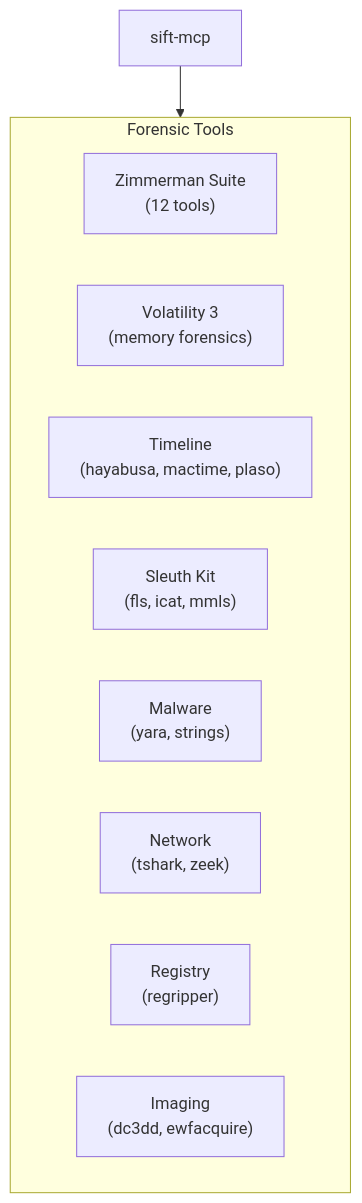
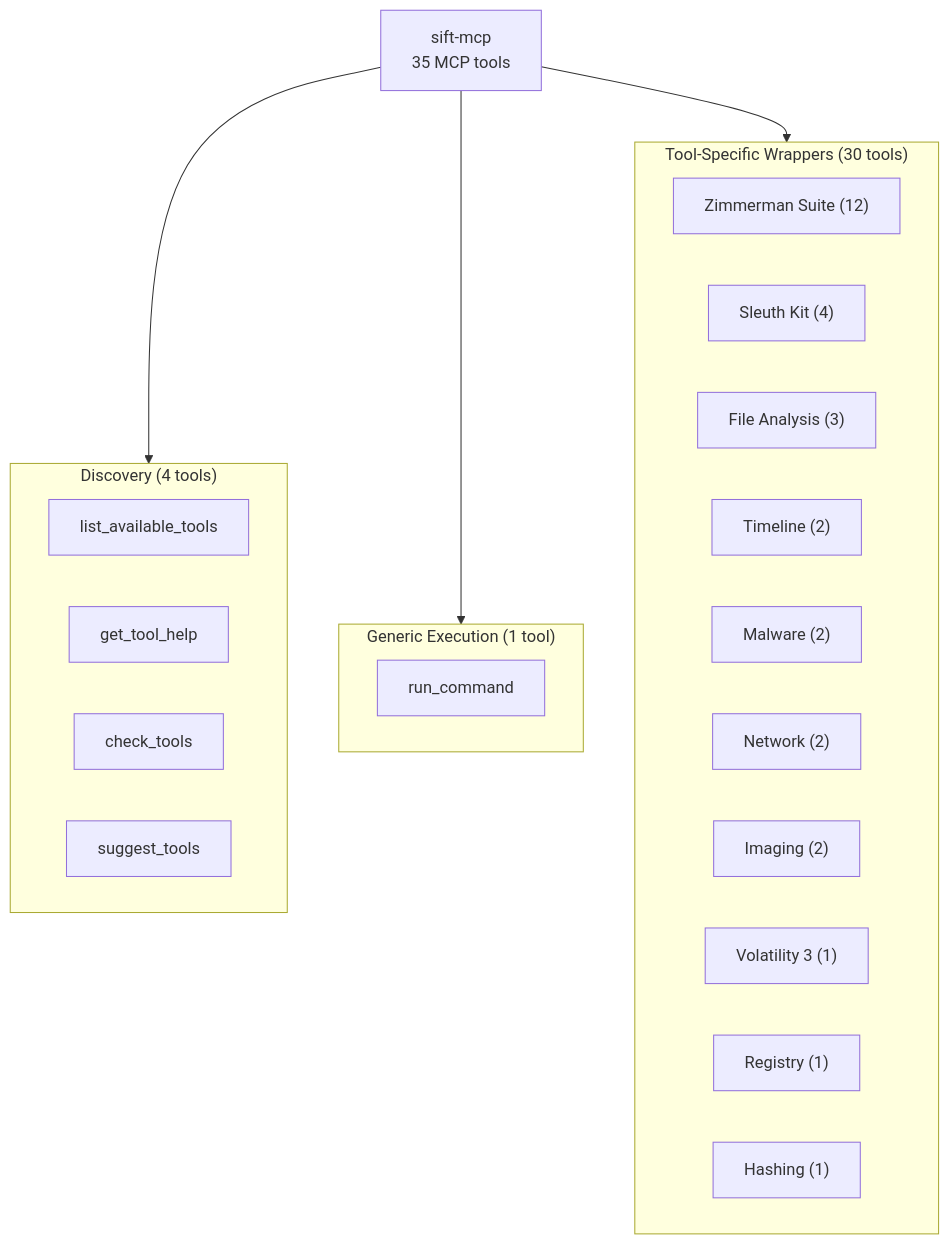
Before and after one commit to AppliedIR/sift-mcp: the third of 3 diagrams in README.md, drawn with Mermaid. The commit also changed other lines of this file, not shown here.

Commit message:
rewrite README with code-verified content and architecture diagrams

````diff
--- a/README.md
+++ b/README.md
@@ -253,17 +53,32 @@
 ```mermaid
 graph TB
-    SM[sift-mcp]
+    SM["sift-mcp<br/>35 MCP tools"]
 
-    subgraph tools ["Forensic Tools"]
-        ZIM["Zimmerman Suite<br/>(12 tools)"]
-        VOL["Volatility 3<br/>(memory forensics)"]
-        TL["Timeline<br/>(hayabusa, mactime, plaso)"]
-        TSK["Sleuth Kit<br/>(fls, icat, mmls)"]
-        MAL["Malware<br/>(yara, strings)"]
-        NET["Network<br/>(tshark, zeek)"]
-        REG["Registry<br/>(regripper)"]
-        IMG["Imaging<br/>(dc3dd, ewfacquire)"]
+    subgraph discovery ["Discovery (4 tools)"]
+        D1["list_available_tools"]
+        D2["get_tool_help"]
+        D3["check_tools"]
+        D4["suggest_tools"]
     end
 
-    SM --> tools
+    subgraph generic ["Generic Execution (1 tool)"]
+        G1["run_command"]
+    end
+
+    subgraph wrappers ["Tool-Specific Wrappers (30 tools)"]
+        ZIM["Zimmerman Suite (12)"]
+        TSK["Sleuth Kit (4)"]
+        FA["File Analysis (3)"]
+        TL["Timeline (2)"]
+        MAL["Malware (2)"]
+        NET["Network (2)"]
+        IMG["Imaging (2)"]
+        VOL["Volatility 3 (1)"]
+        REG["Registry (1)"]
+        HASH["Hashing (1)"]
+    end
+
+    SM --> discovery
+    SM --> generic
+    SM --> wrappers
 ```
````
